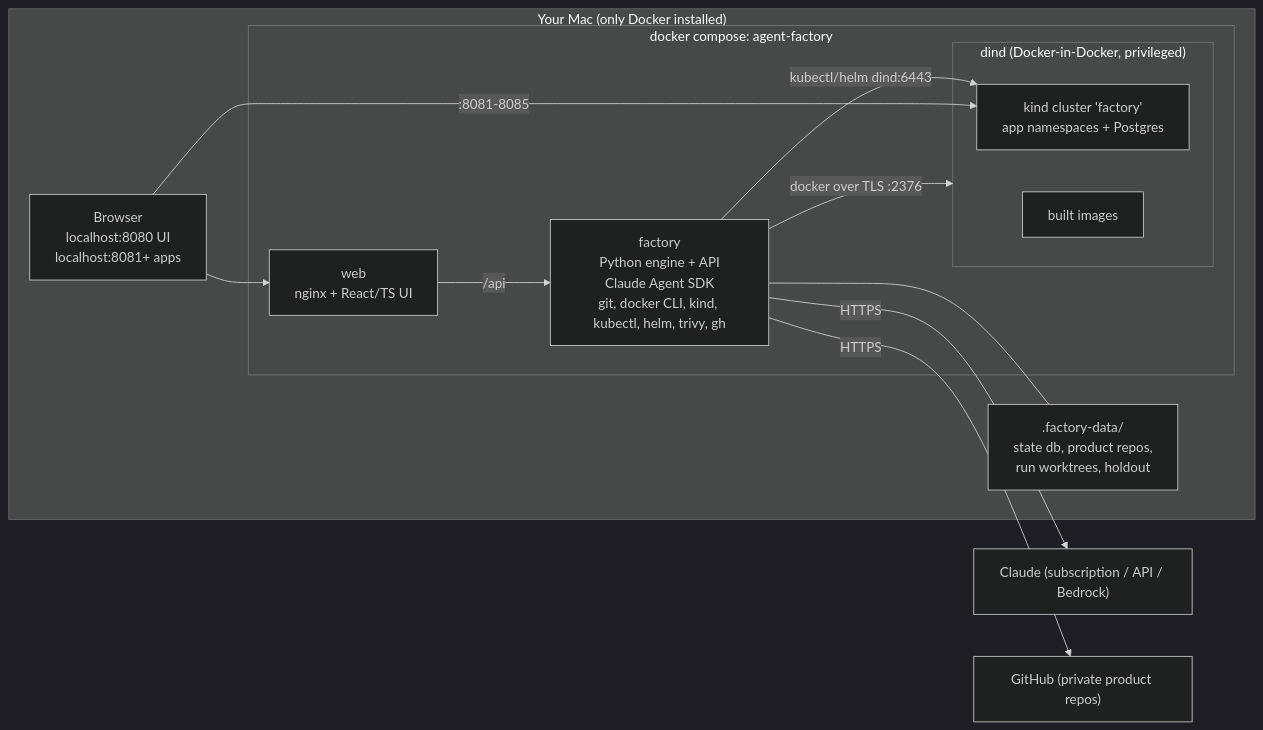
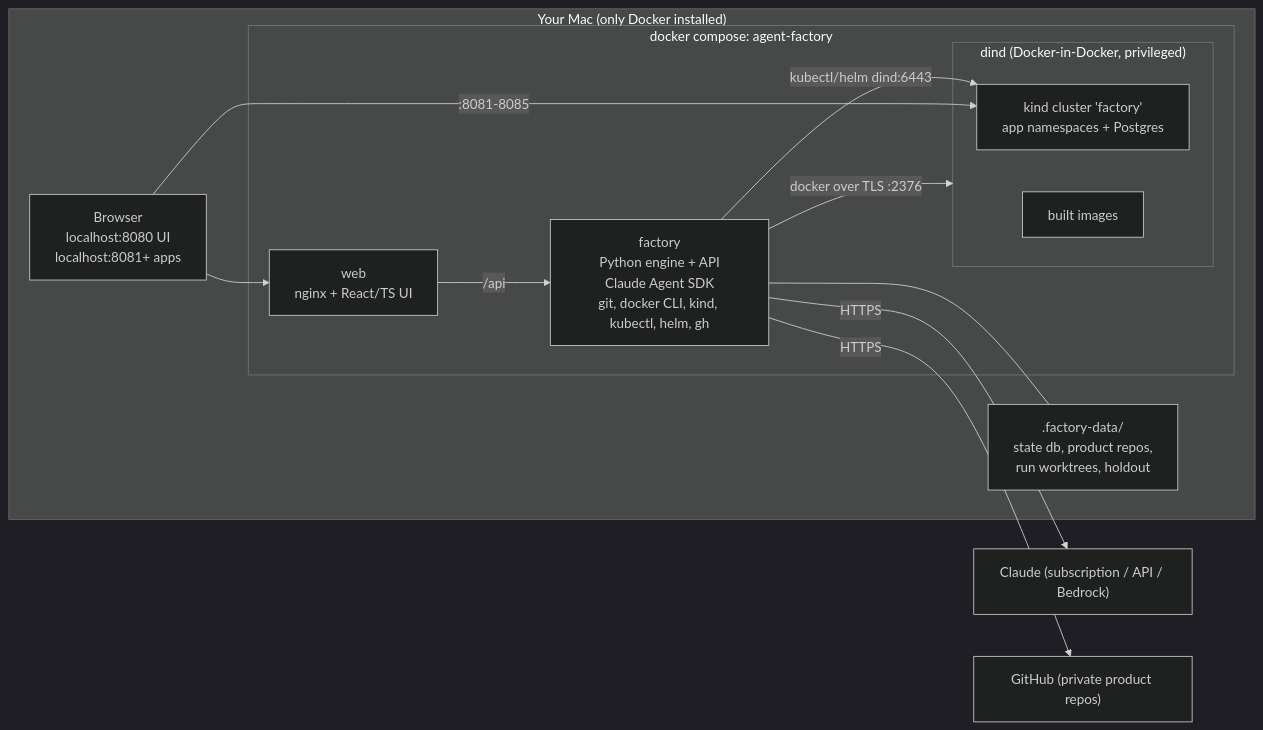
The first of 2 diagrams in docs/architecture.md (Priyasaravana/agent-factory), drawn with Mermaid (dark theme) before and after one commit. The commit also changed 7 other files, not shown here.

````diff
--- a/docs/architecture.md
+++ b/docs/architecture.md
@@ -5,22 +5,22 @@
 ```mermaid
 flowchart LR
   subgraph mac["Your Mac (only Docker installed)"]
     browser["Browser<br/>localhost:8080 UI<br/>localhost:8081+ apps"]
     subgraph compose["docker compose: agent-factory"]
       web["web<br/>nginx + React/TS UI"]
-      factory["factory<br/>Python engine + API<br/>Claude Agent SDK<br/>git, docker CLI, kind, kubectl, helm, trivy, gh"]
+      factory["factory<br/>Python engine + API<br/>Claude Agent SDK<br/>git, docker CLI, kind, kubectl, helm, gh"]
       subgraph dind["dind (Docker-in-Docker, privileged)"]
         kind["kind cluster 'factory'<br/>app namespaces + Postgres"]
         images["built images"]
       end
     end
     data[".factory-data/<br/>state db, product repos,<br/>run worktrees, holdout"]
   end
   browser --> web -->|/api| factory
   factory -->|docker over TLS :2376| dind
   factory -->|kubectl/helm dind:6443| kind
   factory --- data
   browser -->|:8081-8085| kind
   factory -->|HTTPS| claude["Claude (subscription / API / Bedrock)"]
   factory -->|HTTPS| gh["GitHub (private product repos)"]
 ```
````
